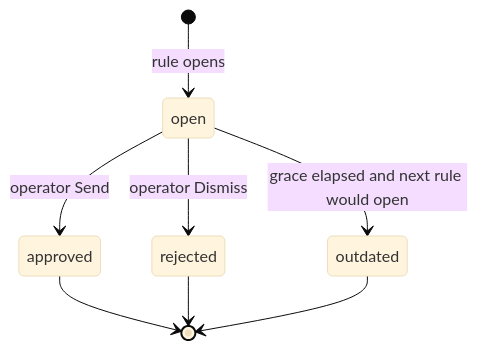
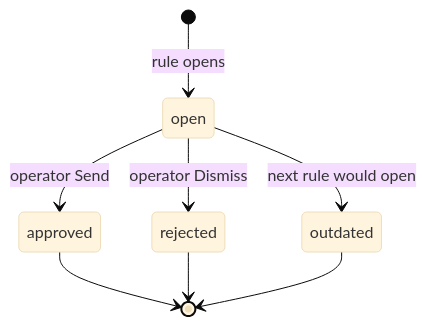
One commit to cheslav-zhur/smart-city-os changed the third of 4 diagrams in .compound-engineering/artifacts/plans/2026-09-21-001-feat-live-shift-desk-plan.md. Above: the diagram before and after it, drawn with Mermaid (base theme). The commit also changed other lines of this file and 5 other files, not shown here.

First line of the commit message:
feat(api): live-shift open the next matching case immediately

````diff
--- a/.compound-engineering/artifacts/plans/2026-09-21-001-feat-live-shift-desk-plan.md
+++ b/.compound-engineering/artifacts/plans/2026-09-21-001-feat-live-shift-desk-plan.md
@@ -239,10 +239,10 @@
 ```mermaid
 stateDiagram-v2
   [*] --> open: rule opens
   open --> approved: operator Send
   open --> rejected: operator Dismiss
-  open --> outdated: grace elapsed and next rule would open
+  open --> outdated: next rule would open
   approved --> [*]
   rejected --> [*]
   outdated --> [*]
 ```
````
